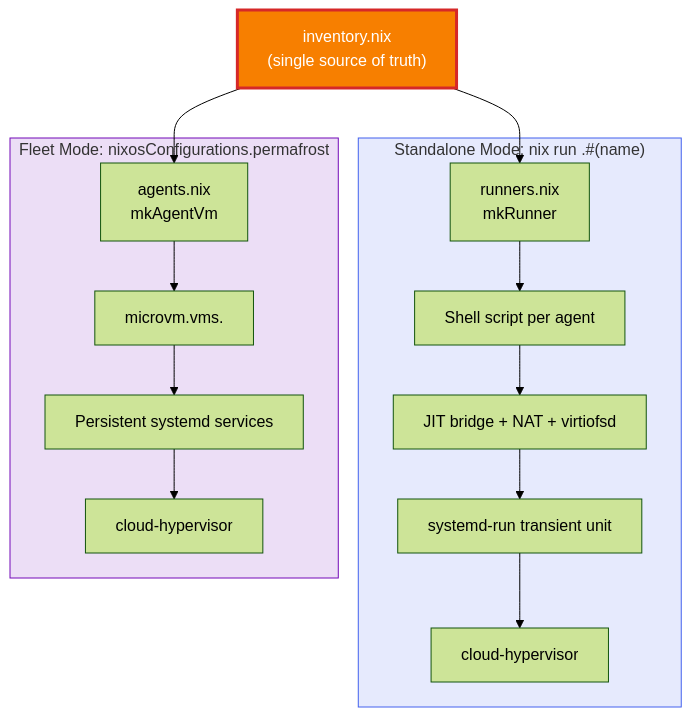
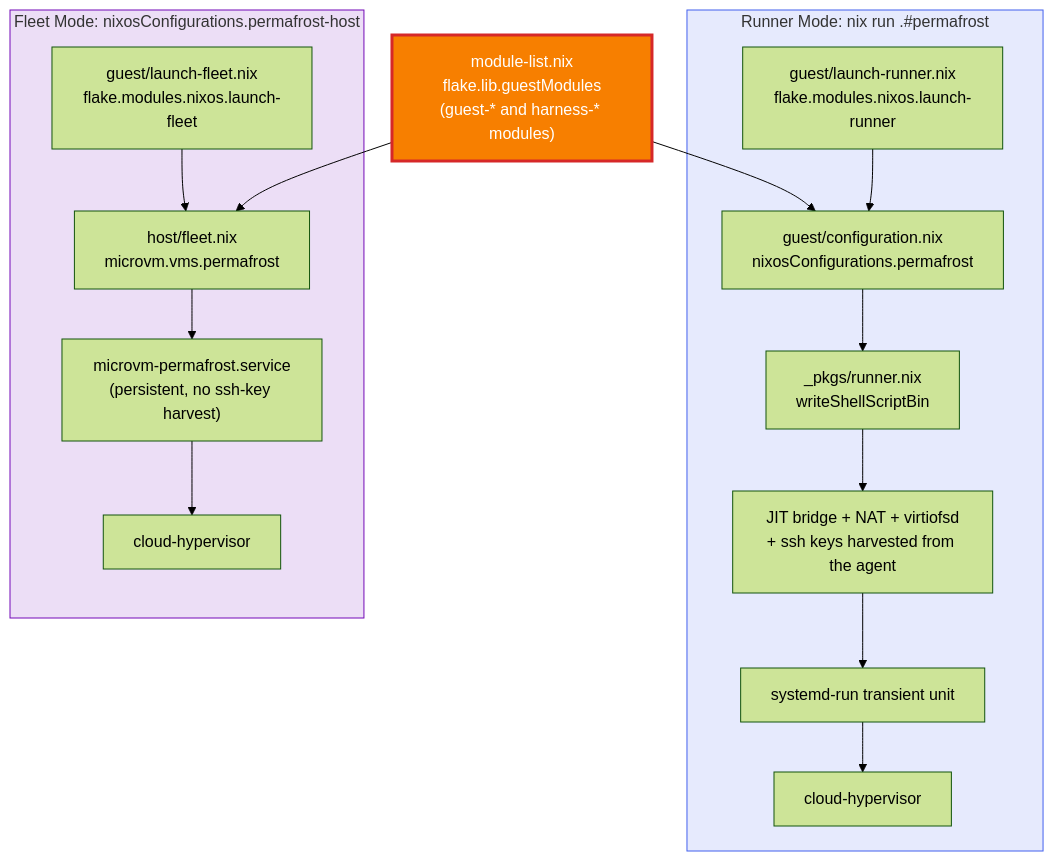
One commit to tenarches/nix-permafrost changed the sixth of 6 diagrams in docs/architecture.md. Above: the diagram before and after it, drawn with Mermaid (forest theme). The commit also changed other lines of this file, not shown here.

First line of the commit message:
docs: rewrite architecture.md for the dendritic module tree

````diff
--- a/docs/architecture.md
+++ b/docs/architecture.md
@@ -365,29 +413,29 @@
 ```mermaid
 graph TD
-    INV["inventory.nix<br/>(single source of truth)"]
+    LIST["module-list.nix<br/>flake.lib.guestModules<br/>(guest-* and harness-* modules)"]
 
-    subgraph STANDALONE["Standalone Mode: nix run .#(name)"]
-        RUN["runners.nix<br/>mkRunner"]
-        SCRIPT["Shell script per agent"]
-        JIT["JIT bridge + NAT + virtiofsd"]
+    subgraph RUNNERMODE["Runner Mode: nix run .#permafrost"]
+        RUN["guest/launch-runner.nix<br/>flake.modules.nixos.launch-runner"]
+        GCFG["guest/configuration.nix<br/>nixosConfigurations.permafrost"]
+        SCRIPT["_pkgs/runner.nix<br/>writeShellScriptBin"]
+        JIT["JIT bridge + NAT + virtiofsd<br/>+ ssh keys harvested from the agent"]
         SD_RUN["systemd-run transient unit"]
         CHV1["cloud-hypervisor"]
     end
 
-    subgraph FLEET["Fleet Mode: nixosConfigurations.permafrost"]
-        AGENTS["agents.nix<br/>mkAgentVm"]
-        MVM_VMS["microvm.vms.<name>"]
-        HOST_SVC["Persistent systemd services"]
+    subgraph FLEETMODE["Fleet Mode: nixosConfigurations.permafrost-host"]
+        FLT["guest/launch-fleet.nix<br/>flake.modules.nixos.launch-fleet"]
+        HFLEET["host/fleet.nix<br/>microvm.vms.permafrost"]
+        HOST_SVC["microvm-permafrost.service<br/>(persistent, no ssh-key harvest)"]
         CHV2["cloud-hypervisor"]
     end
 
-    INV --> RUN
-    INV --> AGENTS
+    LIST --> GCFG
+    LIST --> HFLEET
+    RUN --> GCFG --> SCRIPT --> JIT --> SD_RUN --> CHV1
+    FLT --> HFLEET --> HOST_SVC --> CHV2
 
-    RUN --> SCRIPT --> JIT --> SD_RUN --> CHV1
-    AGENTS --> MVM_VMS --> HOST_SVC --> CHV2
-
-    style INV fill:#f77f00,stroke:#d62828,color:#fff,stroke-width:3px
-    style STANDALONE fill:#4361ee22,stroke:#4361ee
-    style FLEET fill:#7209b722,stroke:#7209b7
+    style LIST fill:#f77f00,stroke:#d62828,color:#fff,stroke-width:3px
+    style RUNNERMODE fill:#4361ee22,stroke:#4361ee
+    style FLEETMODE fill:#7209b722,stroke:#7209b7
 ```
````
